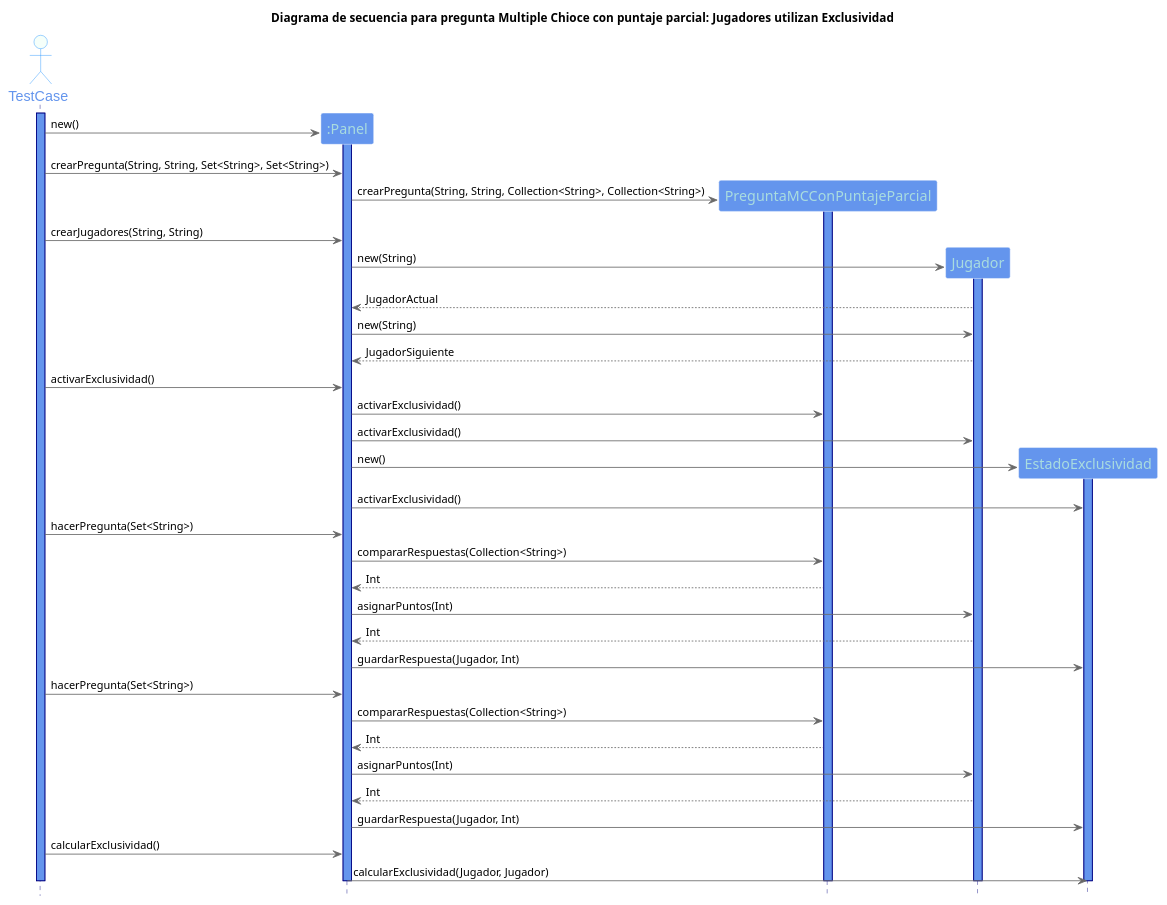
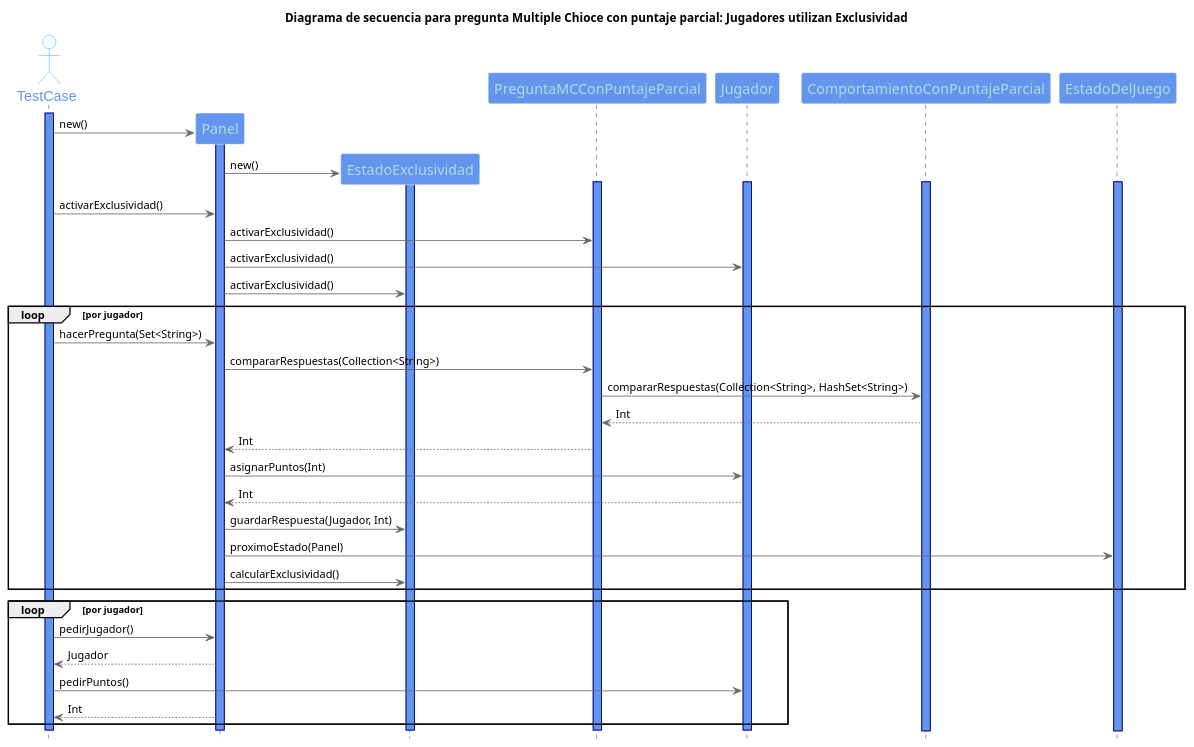
The diagram in UML/Diagramas de secuencia/PreguntaMCConPuntajeParcialConExclusividad.puml (fvazquezf/TP_2_Algo_3), drawn with PlantUML before and after one commit. The commit also changed 6 other files, not shown here.

Commit message:
actualizacion y creacion de diagramas de secuencia

```diff
--- a/UML/Diagramas de secuencia/PreguntaMCConPuntajeParcialConExclusividad.puml
+++ b/UML/Diagramas de secuencia/PreguntaMCConPuntajeParcialConExclusividad.puml
@@ -1,79 +1,74 @@
 @startuml
 
 title Diagrama de secuencia para pregunta Multiple Chioce con puntaje parcial: Jugadores utilizan Exclusividad
 
 hide footbox
 skinparam backgroundColor white
 
 skinparam sequence {
 ArrowColor DimGray
 ActorBorderColor DodgerBlue
 LifeLineBorderColor Navy
 LifeLineBackgroundColor CornflowerBlue
 ParticipantBorderColor LighSlateGray
 ParticipantBackgroundColor CornflowerBlue
 ParticipantFontName Impact
 ParticipantFontSize 17
 ParticipantFontColor #A9DCDF
 ActorBackgroundColor mintCream
 ActorFontColor CornflowerBlue
 ActorFontSize 17
 ActorFontName Aapex
 }
 
 actor TestCase
 activate TestCase
 
-participant ":Panel" as Panel
 create Panel
 TestCase -> Panel : new()
 activate Panel
+create EstadoExclusividad
+Panel -> EstadoExclusividad: new()
+activate EstadoExclusividad
 
-TestCase -> Panel : crearPregunta(String, String, Set<String>, Set<String>)
-
-
-
-create PreguntaMCConPuntajeParcial
-Panel -> PreguntaMCConPuntajeParcial : crearPregunta(String, String, Collection<String>, Collection<String>)
+Participant PreguntaMCConPuntajeParcial
 activate PreguntaMCConPuntajeParcial
-
-TestCase -> Panel: crearJugadores(String, String)
-create Jugador
-Panel -> Jugador: new(String)
+Participant Jugador
 activate Jugador
-Jugador --> Panel: JugadorActual
-Panel -> Jugador: new(String)
-Jugador --> Panel: JugadorSiguiente
+Participant ComportamientoConPuntajeParcial
+activate ComportamientoConPuntajeParcial
+Participant EstadoDelJuego
+activate EstadoDelJuego
 
 TestCase -> Panel: activarExclusividad()
 Panel -> PreguntaMCConPuntajeParcial:activarExclusividad()
 Panel -> Jugador:activarExclusividad()
-create EstadoExclusividad
-Panel -> EstadoExclusividad:new()
-activate EstadoExclusividad
 Panel -> EstadoExclusividad:activarExclusividad()
 
+loop por jugador
 TestCase -> Panel: hacerPregunta(Set<String>)
 Panel -> PreguntaMCConPuntajeParcial: compararRespuestas(Collection<String>)
+PreguntaMCConPuntajeParcial -> ComportamientoConPuntajeParcial: compararRespuestas(Collection<String>, HashSet<String>)
+ComportamientoConPuntajeParcial --> PreguntaMCConPuntajeParcial: Int
 PreguntaMCConPuntajeParcial --> Panel: Int
 Panel -> Jugador: asignarPuntos(Int)
 Jugador --> Panel: Int
 Panel -> EstadoExclusividad: guardarRespuesta(Jugador, Int)
+Panel -> EstadoDelJuego: proximoEstado(Panel)
+Panel -> EstadoExclusividad: calcularExclusividad()
+end loop
+loop por jugador
+TestCase -> Panel: pedirJugador()
+Panel --> TestCase: Jugador
+TestCase -> Jugador: pedirPuntos()
+Panel --> TestCase: Int
+end loop
 
-TestCase -> Panel: hacerPregunta(Set<String>)
-Panel -> PreguntaMCConPuntajeParcial: compararRespuestas(Collection<String>)
-PreguntaMCConPuntajeParcial --> Panel: Int
-Panel -> Jugador: asignarPuntos(Int)
-Jugador --> Panel: Int
-Panel -> EstadoExclusividad: guardarRespuesta(Jugador, Int)
-
-TestCase -> Panel: calcularExclusividad()
-Panel -> EstadoExclusividad: calcularExclusividad(Jugador, Jugador)
 
 deactivate EstadoExclusividad
 deactivate PreguntaMCConPuntajeParcial
 deactivate Jugador
 deactivate Panel
 deactivate TestCase
 
 @enduml
```
